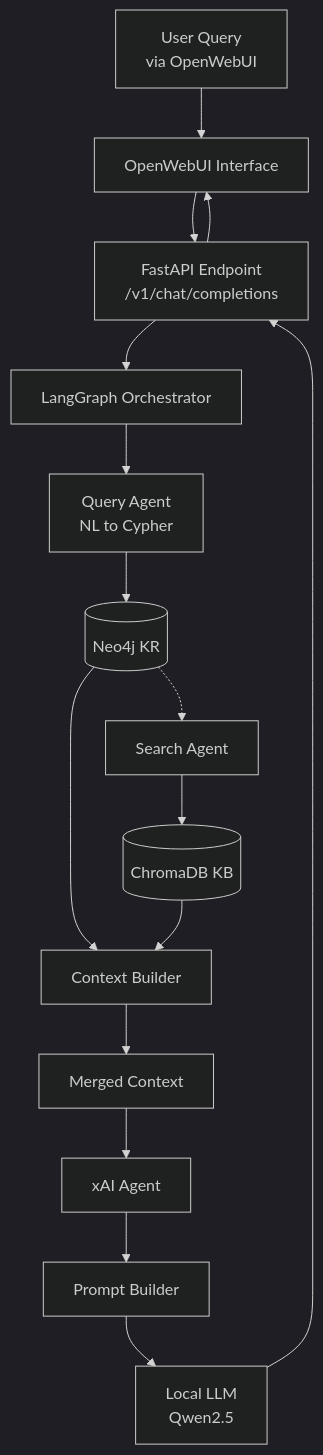
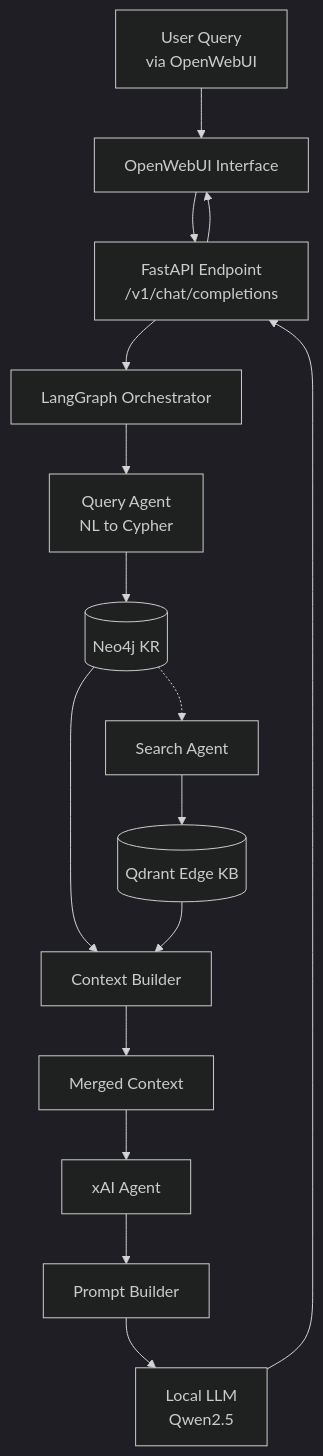
The second of 3 diagrams in flow_diagram.md (rajeet-04/grag-edge), drawn with Mermaid before and after one commit. The commit also changed other lines of this file and 10 other files, not shown here.

````diff
--- a/flow_diagram.md
+++ b/flow_diagram.md
@@ -51,40 +51,40 @@
 ```mermaid
 %%{init: {'theme': 'dark'}}%%
 flowchart TD
     User[User Query\nvia OpenWebUI]
     UI[OpenWebUI Interface]
     
     API[FastAPI Endpoint\n/v1/chat/completions]
     LangGraph[LangGraph Orchestrator]
     
     QueryAgent[Query Agent\nNL to Cypher]
     SearchAgent[Search Agent]
     ContextAgent[Context Builder]
     ExplanationAgent[xAI Agent]
     
     Neo4j[(Neo4j KR)]
-    Chroma[(ChromaDB KB)]
+    Chroma[(Qdrant Edge KB)]
     
     Ollama[Local LLM\nQwen2.5]
 
     User --> UI
     UI --> API
     API --> LangGraph
     
     LangGraph --> QueryAgent
     QueryAgent --> Neo4j
     
     Neo4j --> ContextAgent
     Neo4j -.-> SearchAgent
     
     SearchAgent --> Chroma
     Chroma --> ContextAgent
     
     ContextAgent --> Merged[Merged Context]
     Merged --> ExplanationAgent
     ExplanationAgent --> Prompt[Prompt Builder]
     Prompt --> Ollama
     
     Ollama --> API
     API --> UI
 ```
````
